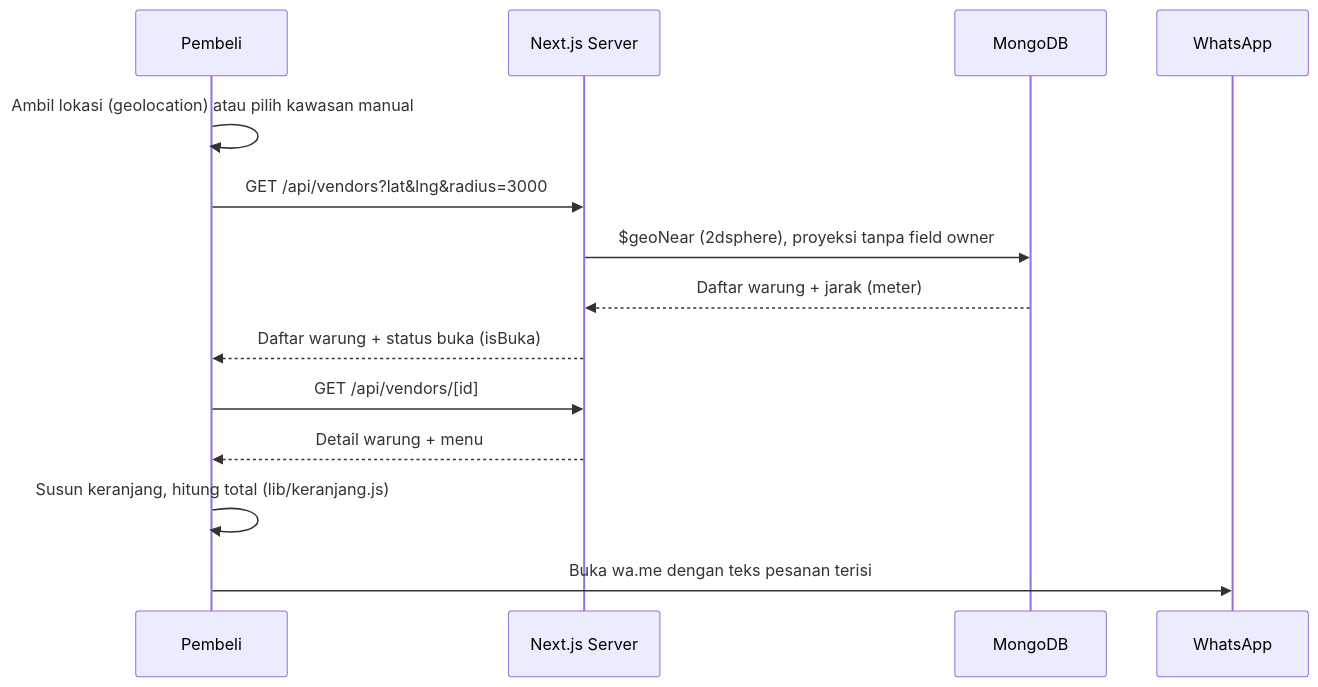
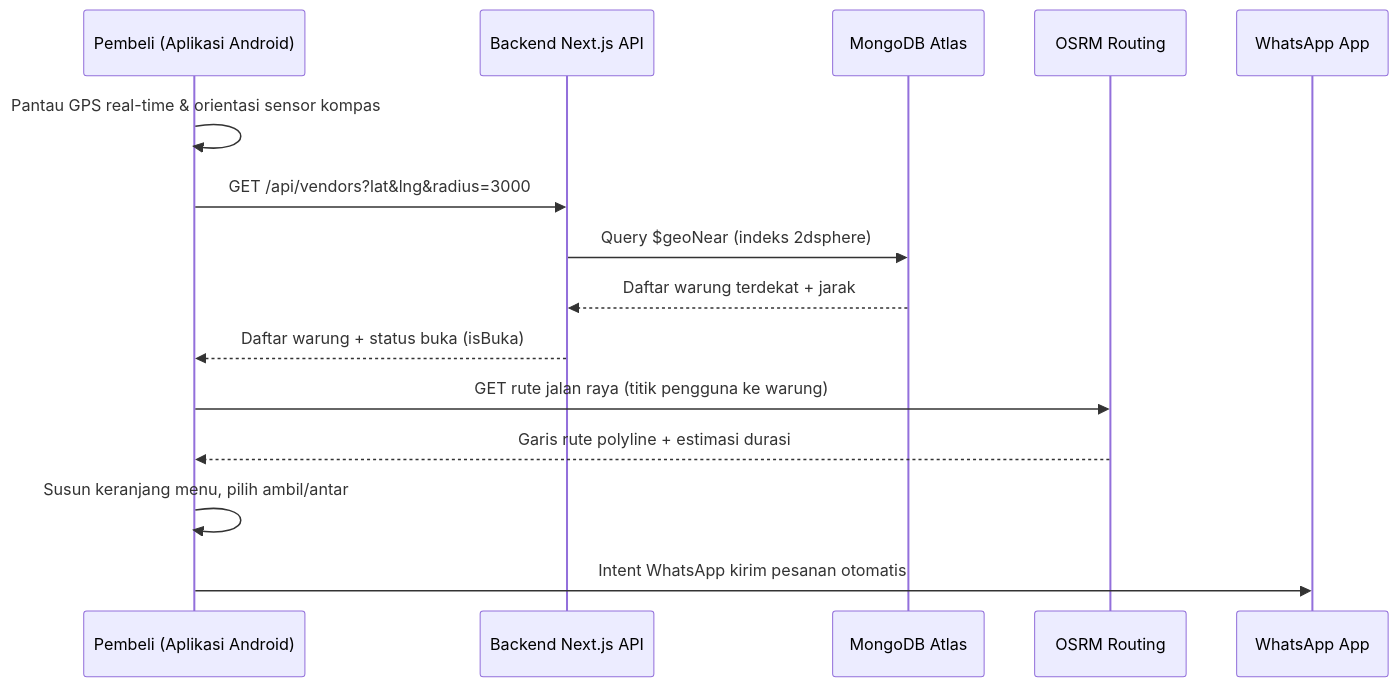
One commit to nikd7690-ops/web-cari-jajan changed the second of 3 diagrams in README.md. Above: the diagram before and after it, drawn with Mermaid. The commit also changed other lines of this file, not shown here.

Commit message:
docs: update project identity and system architecture to mobile application

````diff
--- a/README.md
+++ b/README.md
@@ -170,17 +173,18 @@
 ```mermaid
 sequenceDiagram
-  participant B as Pembeli
-  participant N as Next.js Server
-  participant DB as MongoDB
-  participant WA as WhatsApp
+  participant B as Pembeli (Aplikasi Android)
+  participant N as Backend Next.js API
+  participant DB as MongoDB Atlas
+  participant RO as OSRM Routing
+  participant WA as WhatsApp App
 
-  B->>B: Ambil lokasi (geolocation) atau pilih kawasan manual
+  B->>B: Pantau GPS real-time & orientasi sensor kompas
   B->>N: GET /api/vendors?lat&lng&radius=3000
-  N->>DB: $geoNear (2dsphere), proyeksi tanpa field owner
-  DB-->>N: Daftar warung + jarak (meter)
+  N->>DB: Query $geoNear (indeks 2dsphere)
+  DB-->>N: Daftar warung terdekat + jarak
   N-->>B: Daftar warung + status buka (isBuka)
-  B->>N: GET /api/vendors/[id]
-  N-->>B: Detail warung + menu
-  B->>B: Susun keranjang, hitung total (lib/keranjang.js)
-  B->>WA: Buka wa.me dengan teks pesanan terisi
+  B->>RO: GET rute jalan raya (titik pengguna ke warung)
+  RO-->>B: Garis rute polyline + estimasi durasi
+  B->>B: Susun keranjang menu, pilih ambil/antar
+  B->>WA: Intent WhatsApp kirim pesanan otomatis
 ```
````
